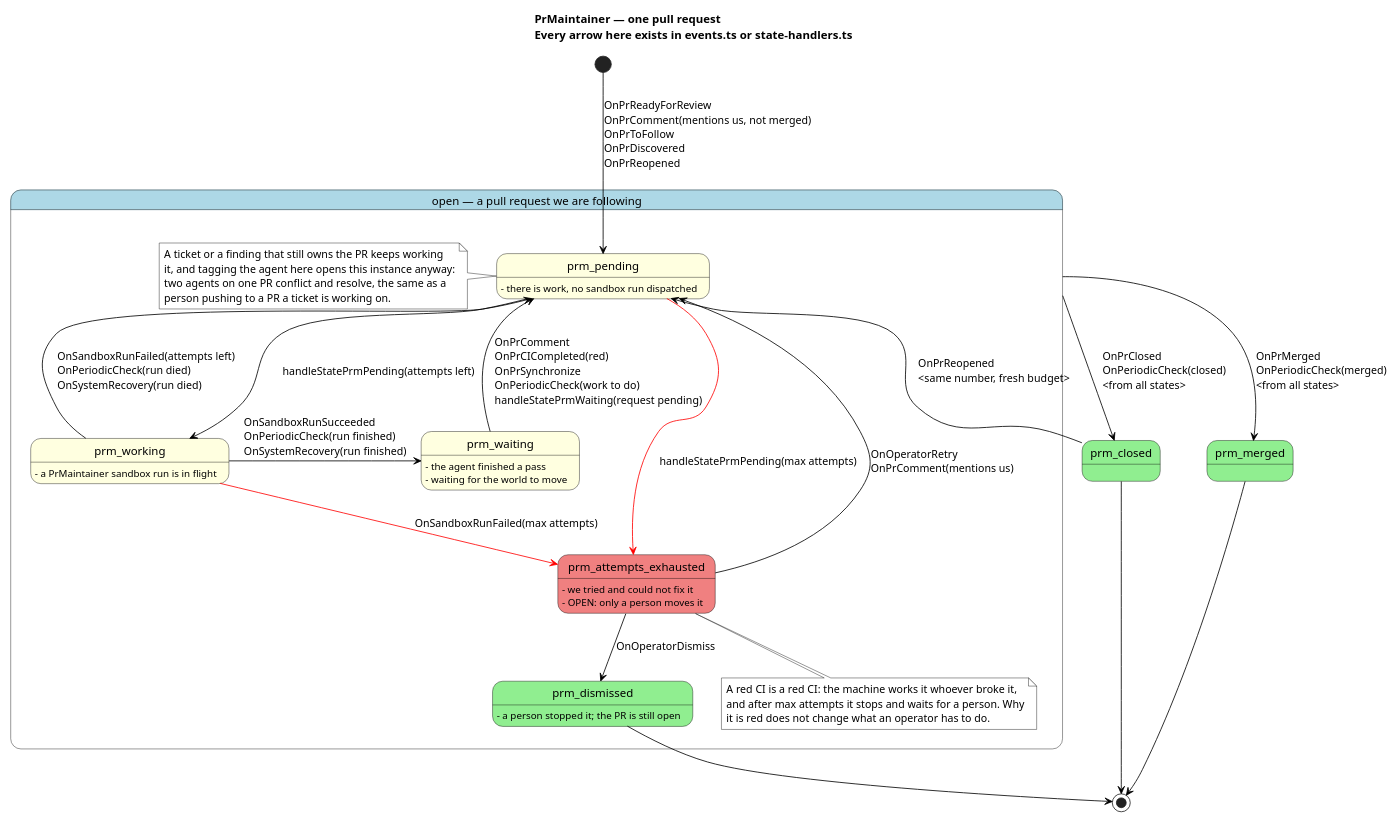
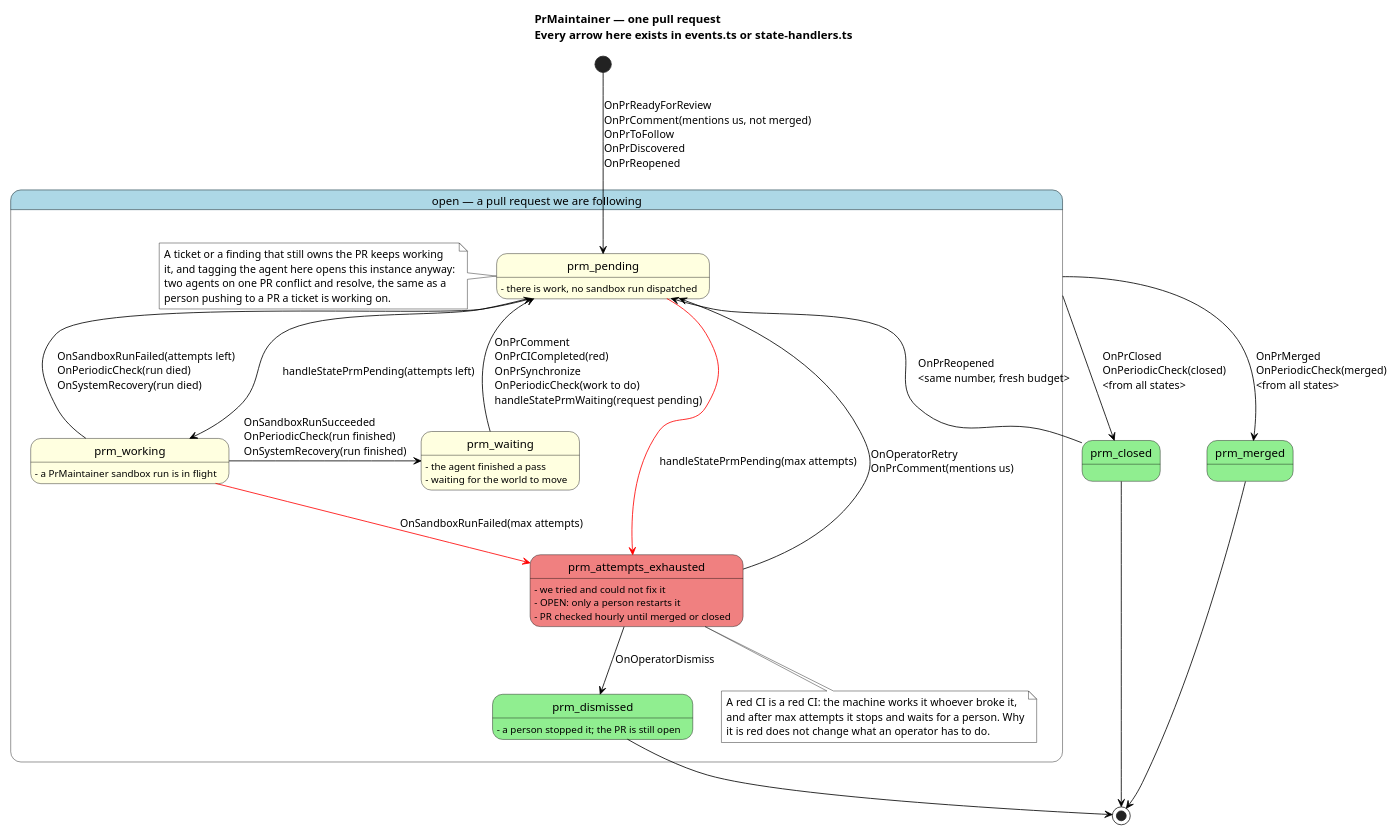
Before and after one commit to LuxorLabs/jardinero: the diagram in docs/workflow-engine/state-diagrams/04-pr-maintainer.puml, drawn with PlantUML. The commit also changed 8 other files, not shown here.

```diff
--- a/docs/workflow-engine/state-diagrams/04-pr-maintainer.puml
+++ b/docs/workflow-engine/state-diagrams/04-pr-maintainer.puml
@@ -1,79 +1,80 @@
 @startuml pr-maintainer
 title PrMaintainer — one pull request\nEvery arrow here exists in events.ts or state-handlers.ts
 
 scale 0.8
 skinparam defaultTextAlignment left
 skinparam ArrowColor Black
 skinparam StateBorderColor Black
 skinparam StateFontColor Black
 skinparam NoteBackgroundColor White
 skinparam NoteBorderColor Black
 skinparam state {
     BackgroundColor LightYellow
     BackgroundColor<<Package>> LightBlue
     BackgroundColor<<Final>> LightGreen
     BackgroundColor<<Error>> LightCoral
 }
 
 state "open — a pull request we are following" as Open <<Package>> {
 
 state "prm_pending" as Pending
     Pending: - there is work, no sandbox run dispatched
 
 state "prm_working" as Working
     Working: - a PrMaintainer sandbox run is in flight
 
 state "prm_waiting" as Waiting
     Waiting: - the agent finished a pass
     Waiting: - waiting for the world to move
 
 state "prm_attempts_exhausted" as Exhausted <<Error>>
     Exhausted: - we tried and could not fix it
-    Exhausted: - OPEN: only a person moves it
+    Exhausted: - OPEN: only a person restarts it
+    Exhausted: - PR checked hourly until merged or closed
 
 state "prm_dismissed" as Dismissed <<Final>>
     Dismissed: - a person stopped it; the PR is still open
 
 note bottom of Exhausted
   A red CI is a red CI: the machine works it whoever broke it,
   and after max attempts it stops and waits for a person. Why
   it is red does not change what an operator has to do.
 end note
 
 note left of Pending
   A ticket or a finding that still owns the PR keeps working
   it, and tagging the agent here opens this instance anyway:
   two agents on one PR conflict and resolve, the same as a
   person pushing to a PR a ticket is working on.
 end note
 
 }
 
 state "prm_merged" as Merged <<Final>>
 state "prm_closed" as Closed <<Final>>
 
 [*] -d-> Pending: OnPrReadyForReview\nOnPrComment(mentions us, not merged)\nOnPrToFollow\nOnPrDiscovered\nOnPrReopened
 
 Pending -d-> Working: handleStatePrmPending(attempts left)
 Working -r-> Waiting: OnSandboxRunSucceeded\nOnPeriodicCheck(run finished)\nOnSystemRecovery(run finished)
 
 Pending -[#Red]-> Exhausted: handleStatePrmPending(max attempts)
 
 Working -l-> Pending: OnSandboxRunFailed(attempts left)\nOnPeriodicCheck(run died)\nOnSystemRecovery(run died)
 Working -[#Red]-> Exhausted: OnSandboxRunFailed(max attempts)
 
 Waiting -l-> Pending: OnPrComment\nOnPrCICompleted(red)\nOnPrSynchronize\nOnPeriodicCheck(work to do)\nhandleStatePrmWaiting(request pending)
 
 Exhausted -u-> Pending: OnOperatorRetry\nOnPrComment(mentions us)
 Exhausted -d-> Dismissed: OnOperatorDismiss
 
 Open -d-> Merged: OnPrMerged\nOnPeriodicCheck(merged)\n<from all states>
 Open -d-> Closed: OnPrClosed\nOnPeriodicCheck(closed)\n<from all states>
 
 Closed -u-> Pending: OnPrReopened\n<same number, fresh budget>
 
 Merged -d-> [*]
 Closed -d-> [*]
 Dismissed -d-> [*]
 
 @enduml
```
